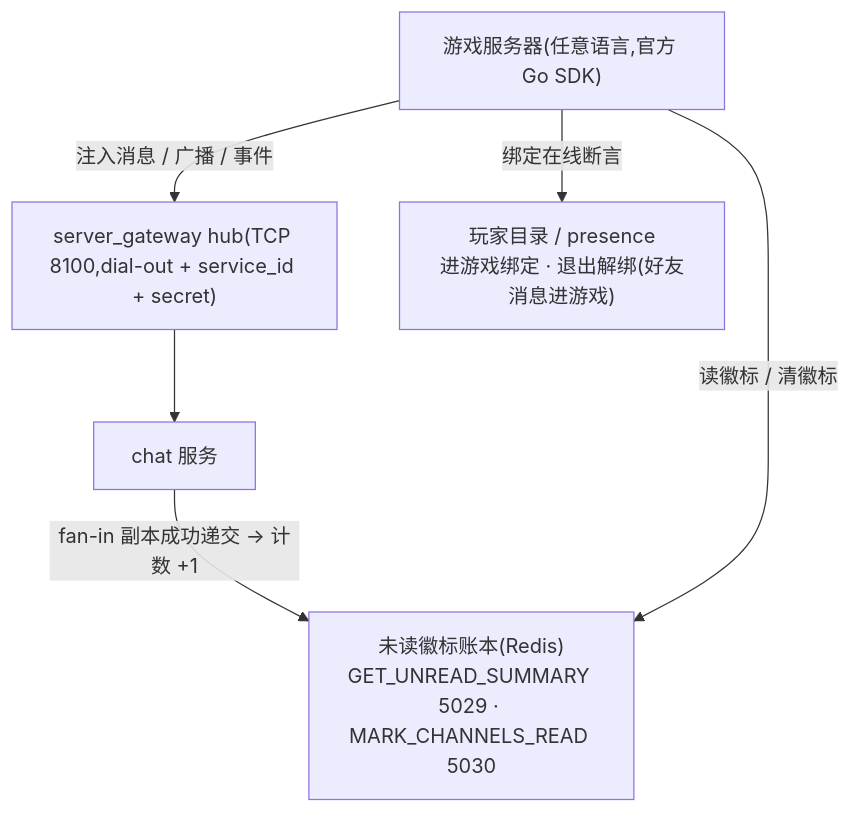
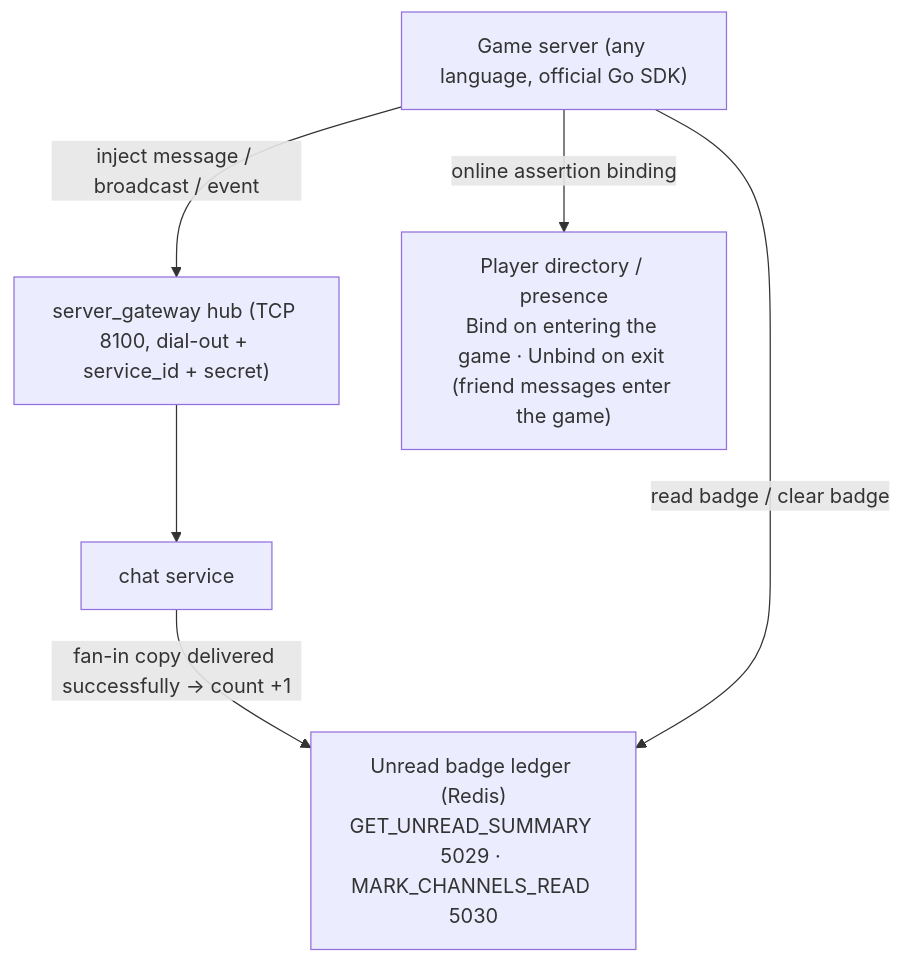
Before and after one commit to cuihairu/chirp: the second of 4 diagrams in docs/design-notes/app_chat_prototype.md, drawn with Mermaid. The commit also changed other lines of this file and 146 other files, not shown here.

````diff
--- a/docs/design-notes/app_chat_prototype.md
+++ b/docs/design-notes/app_chat_prototype.md
@@ -159,14 +162,14 @@
 ```mermaid
 graph TD
-    GS["游戏服务器(任意语言,官方 Go SDK)"]
-    SG["server_gateway hub(TCP 8100,dial-out + service_id + secret)"]
-    CHAT["chat 服务"]
-    DIR["玩家目录 / presence<br/>进游戏绑定 · 退出解绑(好友消息进游戏)"]
-    LEDGER["未读徽标账本(Redis)<br/>GET_UNREAD_SUMMARY 5029 · MARK_CHANNELS_READ 5030"]
+    GS["Game server (any language, official Go SDK)"]
+    SG["server_gateway hub (TCP 8100, dial-out + service_id + secret)"]
+    CHAT["chat service"]
+    DIR["Player directory / presence<br/>Bind on entering the game · Unbind on exit (friend messages enter the game)"]
+    LEDGER["Unread badge ledger (Redis)<br/>GET_UNREAD_SUMMARY 5029 · MARK_CHANNELS_READ 5030"]
 
-    GS -->|"注入消息 / 广播 / 事件"| SG
+    GS -->|"inject message / broadcast / event"| SG
     SG --> CHAT
-    GS -->|"绑定在线断言"| DIR
-    CHAT -->|"fan-in 副本成功递交 → 计数 +1"| LEDGER
-    GS -->|"读徽标 / 清徽标"| LEDGER
+    GS -->|"online assertion binding"| DIR
+    CHAT -->|"fan-in copy delivered successfully → count +1"| LEDGER
+    GS -->|"read badge / clear badge"| LEDGER
 ```
````
